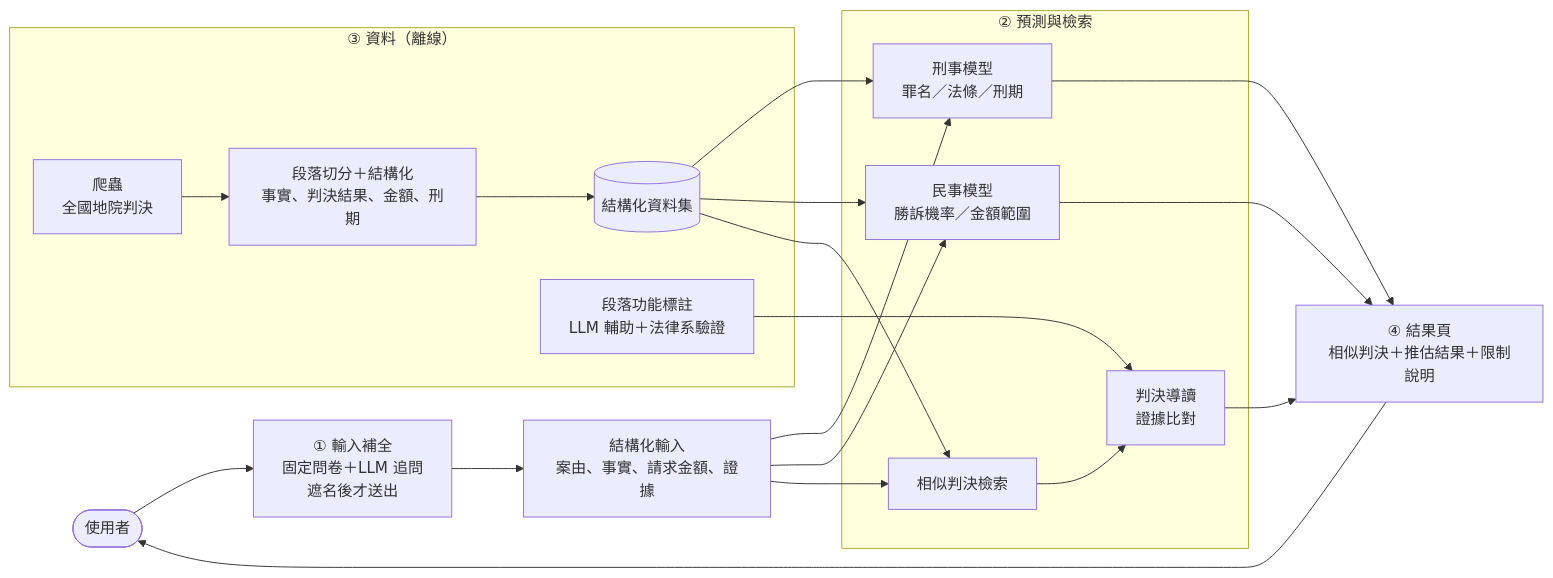
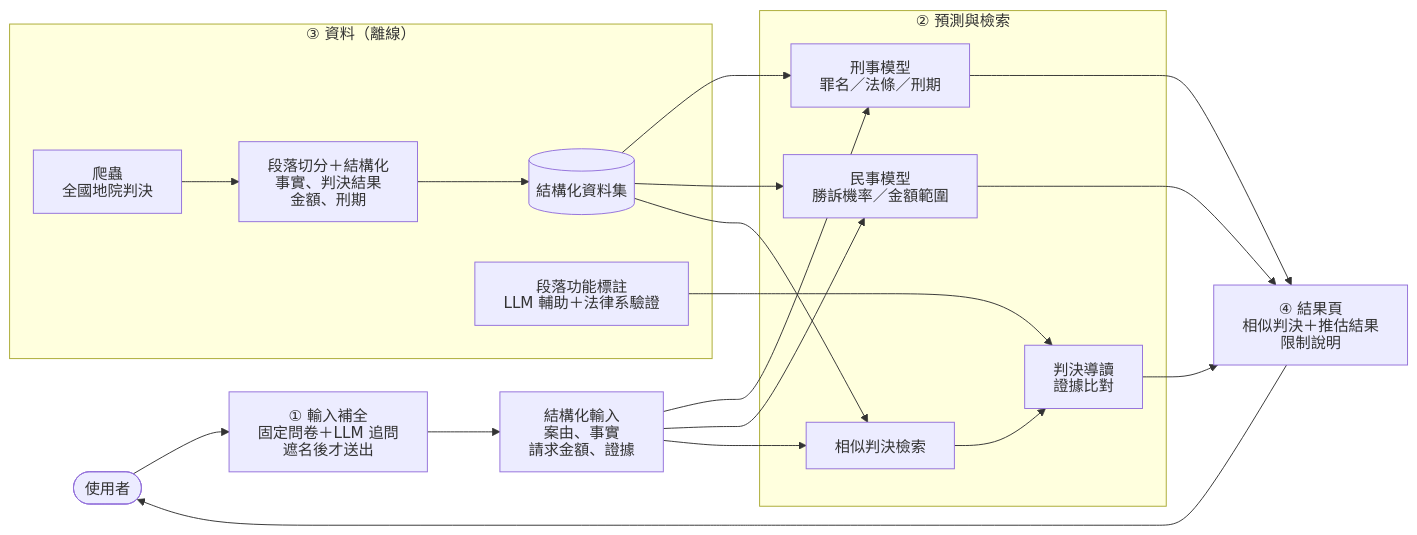
Before and after one commit to yuzuEN/JudgementDigest: the diagram in README.md, drawn with Mermaid.

Commit message:
docs: README 架構圖改用 SVG 文字，避免字被切掉

````diff
--- a/README.md
+++ b/README.md
@@ -26,25 +26,26 @@
 ```mermaid
+%%{init: {"htmlLabels": false, "flowchart": {"htmlLabels": false}}}%%
 flowchart LR
     U([使用者]) --> FE["① 輸入補全<br/>固定問卷＋LLM 追問<br/>遮名後才送出"]
-    FE --> IN["結構化輸入<br/>案由、事實、請求金額、證據"]
+    FE --> IN["結構化輸入<br/>案由、事實<br/>請求金額、證據"]
 
     subgraph BE["② 預測與檢索"]
         CRI["刑事模型<br/>罪名／法條／刑期"]
         CIV["民事模型<br/>勝訴機率／金額範圍"]
         RET["相似判決檢索"]
         ANN["判決導讀<br/>證據比對"]
         RET --> ANN
     end
 
     subgraph DATA["③ 資料（離線）"]
-        CR["爬蟲<br/>全國地院判決"] --> ST["段落切分＋結構化<br/>事實、判決結果、金額、刑期"]
+        CR["爬蟲<br/>全國地院判決"] --> ST["段落切分＋結構化<br/>事實、判決結果<br/>金額、刑期"]
         ST --> DS[("結構化資料集")]
         TAG["段落功能標註<br/>LLM 輔助＋法律系驗證"]
     end
 
     IN --> CRI & CIV & RET
     DS --> CRI & CIV & RET
     TAG --> ANN
-    CRI & CIV & ANN --> OUT["④ 結果頁<br/>相似判決＋推估結果＋限制說明"]
+    CRI & CIV & ANN --> OUT["④ 結果頁<br/>相似判決＋推估結果<br/>限制說明"]
     OUT --> U
 ```
````
